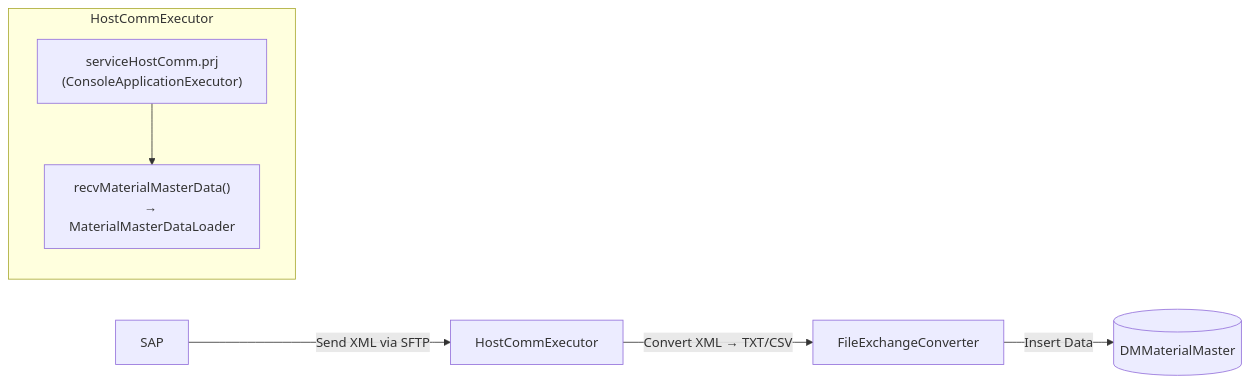
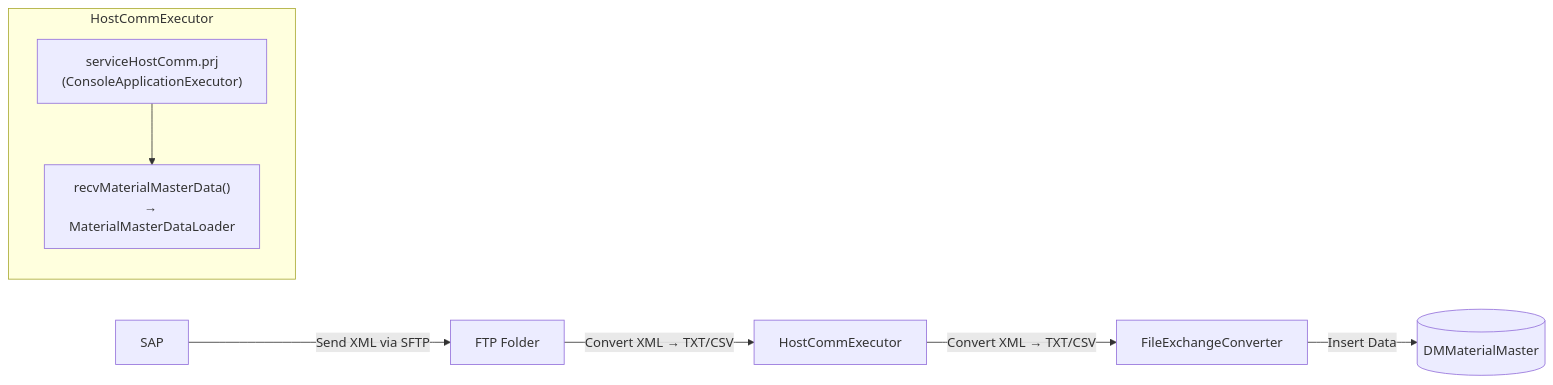
Before and after one commit to luthfiadityaa/SimeDarby-Wiki: the diagram in Basic-Design/Host-Interfaces/Material-Master-Data.md, drawn with Mermaid.

Commit message:
Updated Material Master Data

```diff
--- a/Basic-Design/Host-Interfaces/Material-Master-Data.md
+++ b/Basic-Design/Host-Interfaces/Material-Master-Data.md
@@ -11,12 +11,13 @@
 ::: mermaid
 flowchart LR
-    A[SAP] -->|Send XML via SFTP| B[HostCommExecutor]
-    B -->|Convert XML → TXT/CSV| C[FileExchangeConverter]
-    C -->|Insert Data| D[(DMMaterialMaster)]
+    A[SAP] -->|Send XML via SFTP| B[FTP Folder]
+    B -->|Convert XML → TXT/CSV| C[HostCommExecutor]
+    C -->|Convert XML → TXT/CSV| D[FileExchangeConverter]
+    D -->|Insert Data| E[(DMMaterialMaster)]
 
     subgraph HostCommExecutor
         C1["serviceHostComm.prj<br>(ConsoleApplicationExecutor)"]
         C2["recvMaterialMasterData()<br>→ MaterialMasterDataLoader"]
         C1 --> C2
     end
 :::
```
